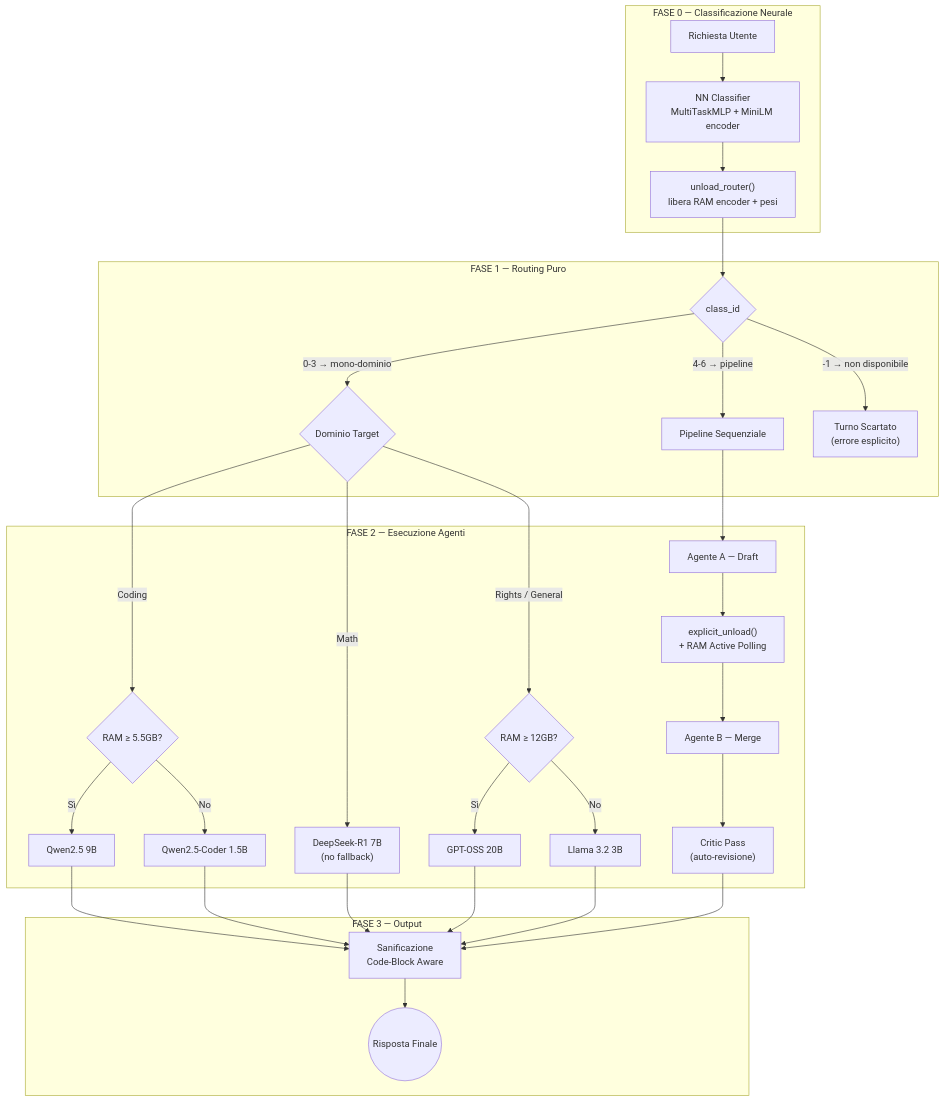
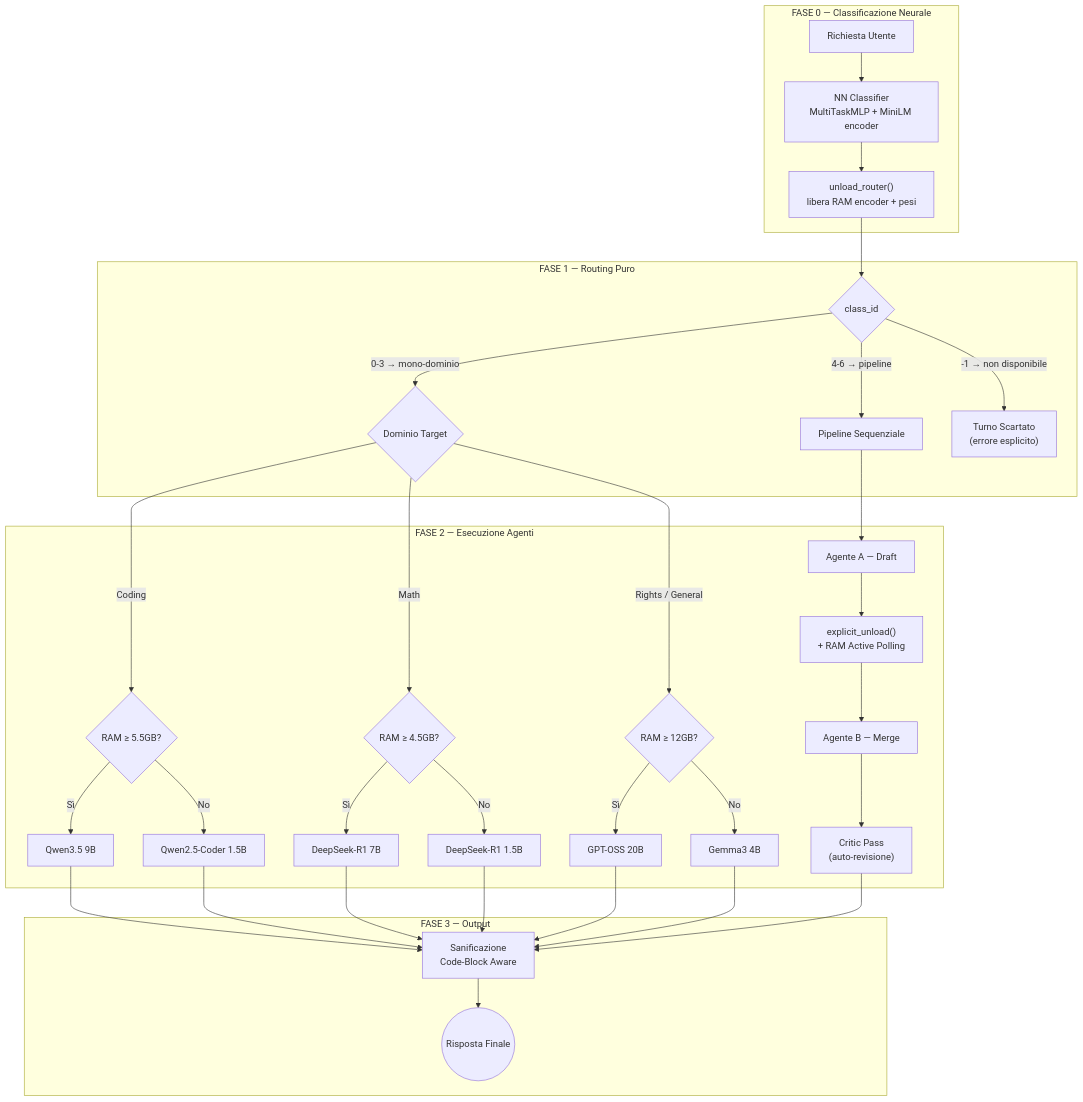
The diagram in README.md (r-bat05/CYA-N), drawn with Mermaid before and after one commit. The commit also changed other lines of this file and 1 other file, not shown here.

````diff
--- a/README.md
+++ b/README.md
@@ -35,41 +36,44 @@
 ```mermaid
 graph TD
     subgraph FASE0["FASE 0 — Classificazione Neurale"]
         A[Richiesta Utente] --> B["NN Classifier<br/>MultiTaskMLP + MiniLM encoder"]
         B --> U["unload_router()<br/>libera RAM encoder + pesi"]
     end
 
     U --> DEC{class_id}
 
     subgraph FASE1["FASE 1 — Routing Puro"]
         DEC -->|"0-3 → mono-dominio"| MONO{Dominio Target}
         DEC -->|"4-6 → pipeline"| HYB[Pipeline Sequenziale]
         DEC -->|"-1 → non disponibile"| ERR["Turno Scartato<br/>(errore esplicito)"]
     end
 
     subgraph FASE2["FASE 2 — Esecuzione Agenti"]
         MONO -->|Coding| RC{RAM ≥ 5.5GB?}
-        MONO -->|Math| RM["DeepSeek-R1 7B<br/>(no fallback)"]
+        MONO -->|Math| RM{RAM ≥ 4.5GB?}
         MONO -->|Rights / General| RG{RAM ≥ 12GB?}
 
-        RC -->|Sì| H1[Qwen2.5 9B]
+        RC -->|Sì| H1[Qwen3.5 9B]
         RC -->|No| H2[Qwen2.5-Coder 1.5B]
+        RM -->|Sì| H5[DeepSeek-R1 7B]
+        RM -->|No| H6[DeepSeek-R1 1.5B]
         RG -->|Sì| H3[GPT-OSS 20B]
-        RG -->|No| H4[Llama 3.2 3B]
+        RG -->|No| H4[Gemma3 4B]
 
         HYB --> PA["Agente A — Draft"]
         PA --> PU["explicit_unload()<br/>+ RAM Active Polling"]
         PU --> PB["Agente B — Merge"]
         PB --> PC["Critic Pass<br/>(auto-revisione)"]
     end
 
     subgraph FASE3["FASE 3 — Output"]
         H1 --> S["Sanificazione<br/>Code-Block Aware"]
         H2 --> S
-        RM --> S
+        H5 --> S
+        H6 --> S
         H3 --> S
         H4 --> S
         PC --> S
         S --> Z(("Risposta Finale"))
     end
 ```
````
